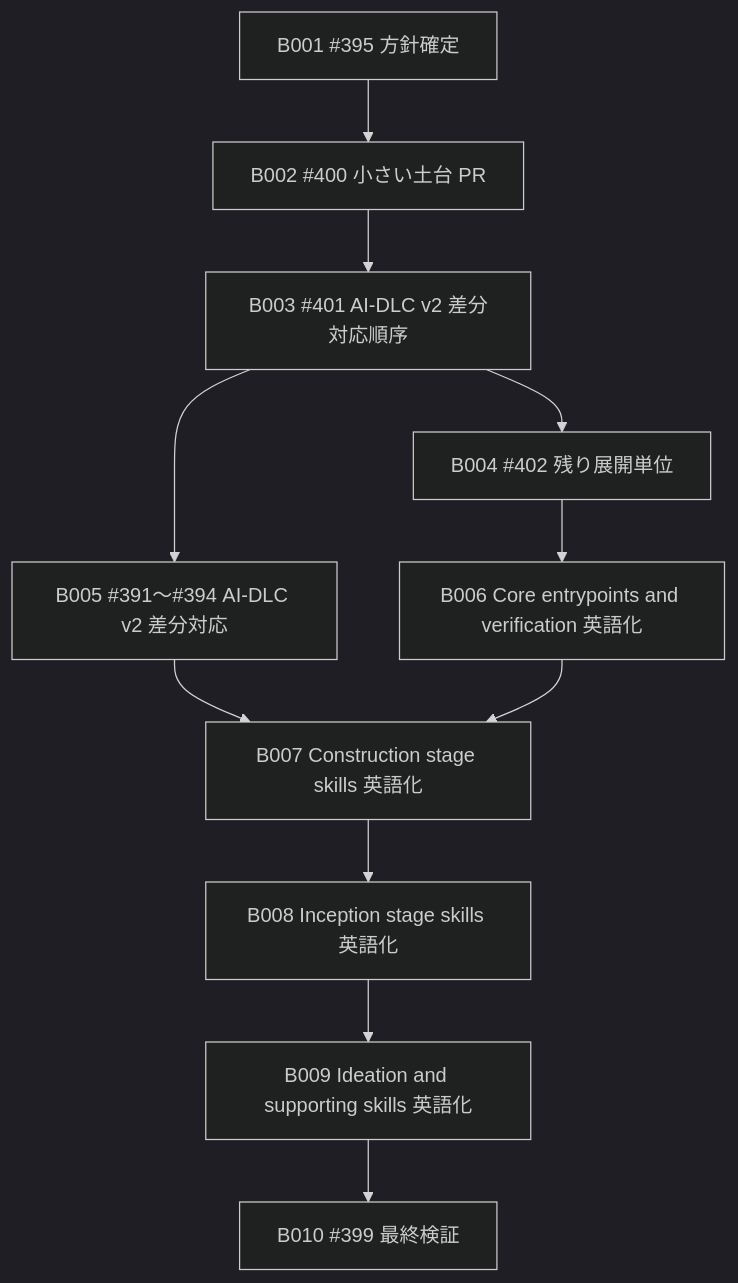
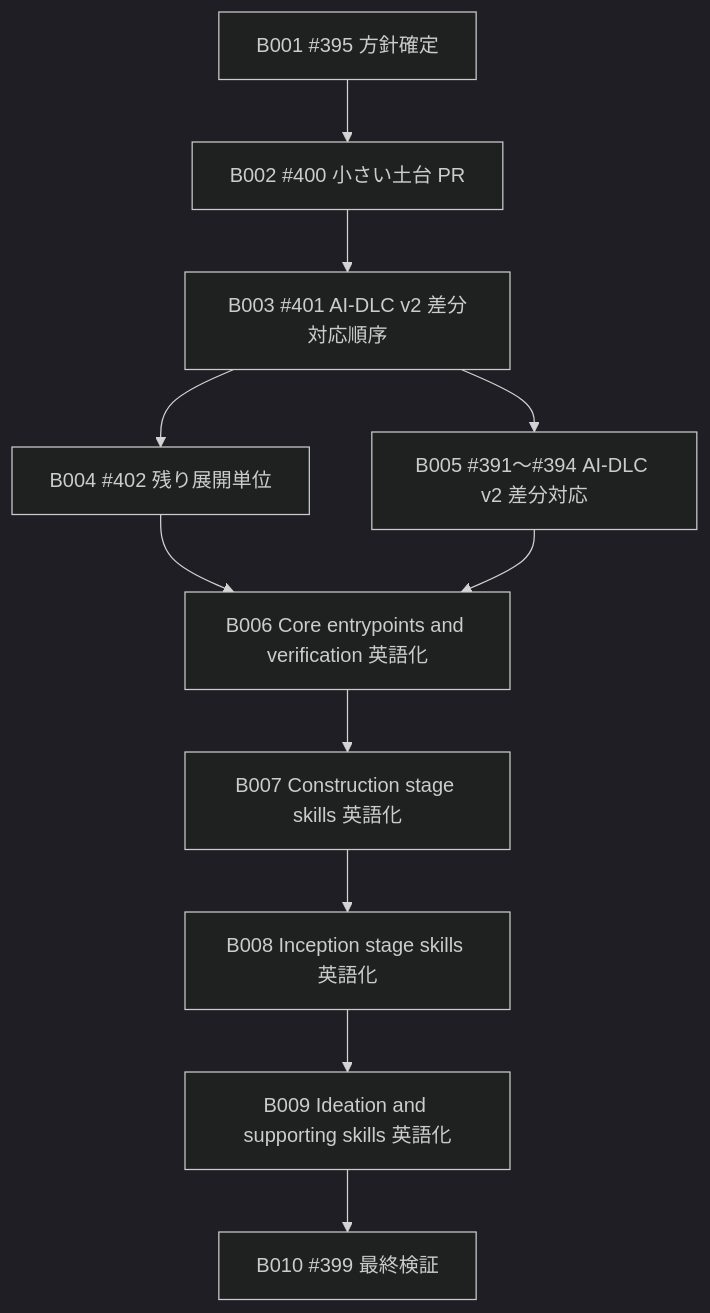
The diagram in aidlc/spaces/default/intents/260703-amadeus-skill-english-rollout-plan/inception/delivery-planning/bolt-plan.md (amadeus-dlc/amadeus), drawn with Mermaid (dark theme) before and after one commit. The commit also changed 1 other file, not shown here.

Commit message:
fix: align issue 399 rollout dependencies

````diff
--- a/aidlc/spaces/default/intents/260703-amadeus-skill-english-rollout-plan/inception/delivery-planning/bolt-plan.md
+++ b/aidlc/spaces/default/intents/260703-amadeus-skill-english-rollout-plan/inception/delivery-planning/bolt-plan.md
@@ -32,24 +32,24 @@
 ```mermaid
 flowchart TD
   b001["B001 #395 方針確定"]
   b002["B002 #400 小さい土台 PR"]
   b003["B003 #401 AI-DLC v2 差分対応順序"]
   b004["B004 #402 残り展開単位"]
   b005["B005 #391〜#394 AI-DLC v2 差分対応"]
   b006["B006 Core entrypoints and verification 英語化"]
   b007["B007 Construction stage skills 英語化"]
   b008["B008 Inception stage skills 英語化"]
   b009["B009 Ideation and supporting skills 英語化"]
   b010["B010 #399 最終検証"]
 
   b001 --> b002
   b002 --> b003
   b003 --> b004
   b003 --> b005
   b004 --> b006
-  b005 --> b007
+  b005 --> b006
   b006 --> b007
   b007 --> b008
   b008 --> b009
   b009 --> b010
 ```
````
